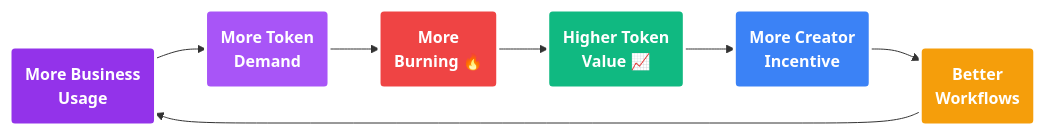
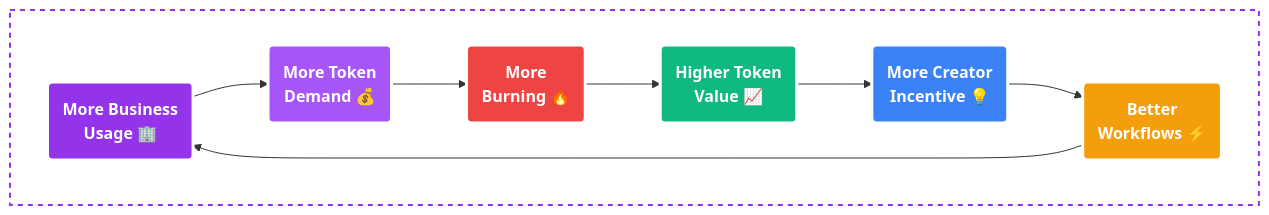
Before and after one commit to Sinamun/ActionModelDocs: the diagram in tokenomics/token-utility.mdx, drawn with Mermaid.

Commit message:
Improve Virtuous Cycle diagram layout: vertical flow with subgraph container

````diff
--- a/tokenomics/token-utility.mdx
+++ b/tokenomics/token-utility.mdx
@@ -273,18 +273,26 @@
 ```mermaid
-graph LR
-    A(More Business<br/>Usage) --> B(More Token<br/>Demand)
-    B --> C(More<br/>Burning 🔥)
-    C --> D(Higher Token<br/>Value 📈)
-    D --> E(More Creator<br/>Incentive)
-    E --> F(Better<br/>Workflows)
+flowchart TB
+    subgraph cycle [" "]
+        A(More Business<br/>Usage 🏢)
+        B(More Token<br/>Demand 💰)
+        C(More<br/>Burning 🔥)
+        D(Higher Token<br/>Value 📈)
+        E(More Creator<br/>Incentive 💡)
+        F(Better<br/>Workflows ⚡)
+    end
+    
+    A --> B
+    B --> C
+    C --> D
+    D --> E
+    E --> F
     F --> A
     
     style A fill:#9333ea,stroke:#fff,stroke-width:3px,color:#fff,font-weight:bold
     style B fill:#a855f7,stroke:#fff,stroke-width:3px,color:#fff,font-weight:bold
     style C fill:#ef4444,stroke:#fff,stroke-width:3px,color:#fff,font-weight:bold
     style D fill:#10b981,stroke:#fff,stroke-width:3px,color:#fff,font-weight:bold
     style E fill:#3b82f6,stroke:#fff,stroke-width:3px,color:#fff,font-weight:bold
     style F fill:#f59e0b,stroke:#fff,stroke-width:3px,color:#fff,font-weight:bold
-    
-    classDef default fill:#1f2937,stroke:#374151,color:#f3f4f6
+    style cycle fill:none,stroke:#9333ea,stroke-width:2px,stroke-dasharray: 5 5
 ```
````
